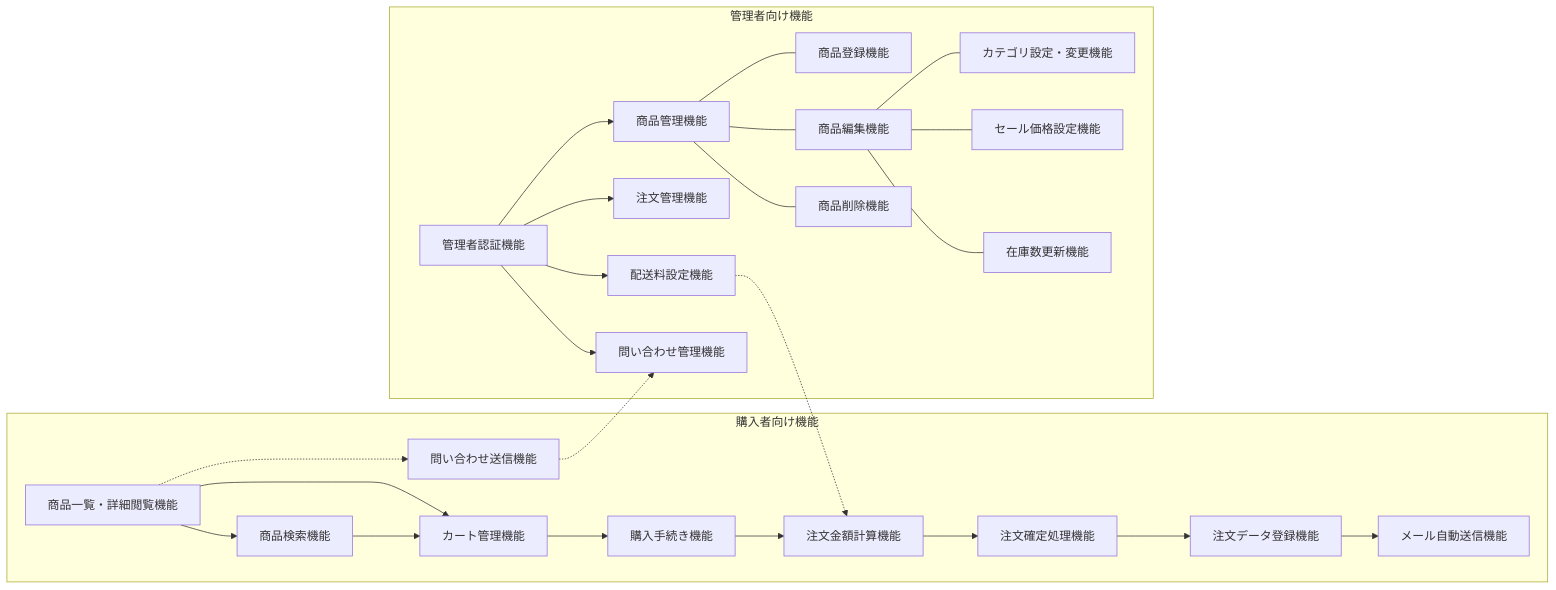
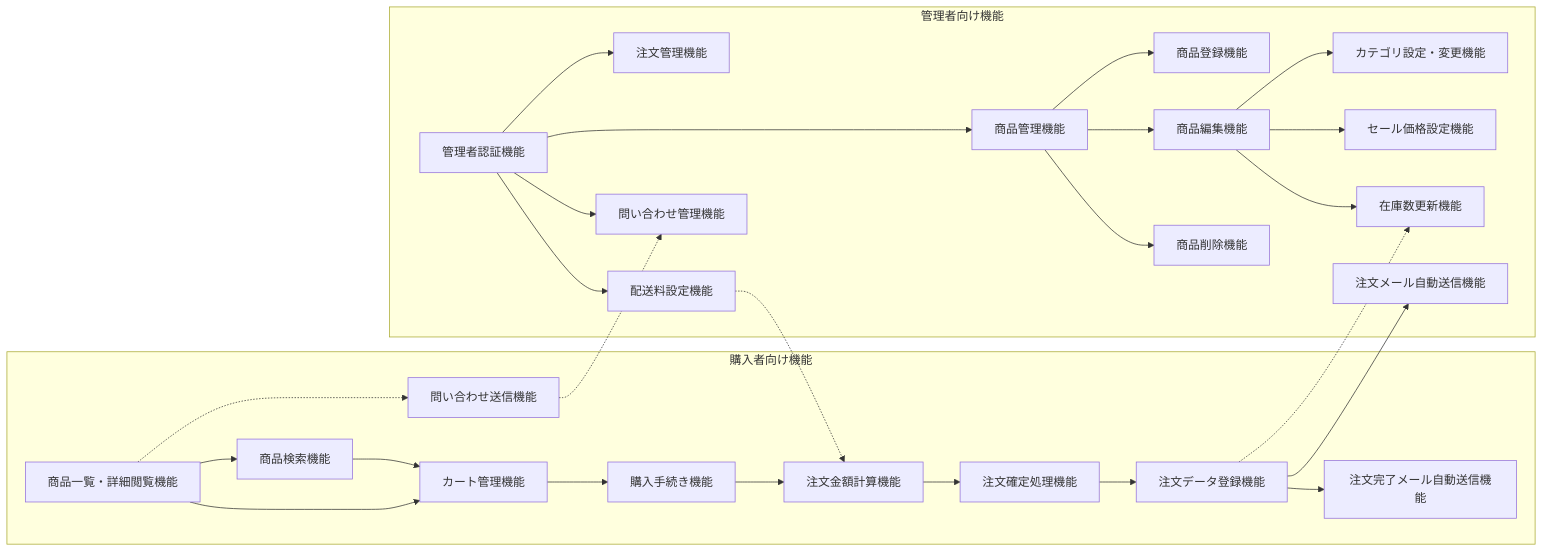
Before and after one commit to Aoi-Yaegashi/teamF: the first of 3 diagrams in 基本設計/機能構成図.md, drawn with Mermaid.

Commit message:
メール関連修正

````diff
--- a/基本設計/機能構成図.md
+++ b/基本設計/機能構成図.md
@@ -47,53 +47,56 @@
 ```mermaid
 
 flowchart LR
   subgraph Front["購入者向け機能"]
     A[商品一覧・詳細閲覧機能]
     A1[商品検索機能]
     B[カート管理機能]
     C[購入手続き機能]
     D[注文金額計算機能]
     E[注文確定処理機能]
     F[注文データ登録機能]
-    G[メール自動送信機能]
+    G[注文完了メール自動送信機能]
     H[問い合わせ送信機能]
   end
 
   subgraph Admin["管理者向け機能"]
     L[管理者認証機能]
     I[商品管理機能]
     I1[商品登録機能]
     I2[商品編集機能]
     I21[カテゴリ設定・変更機能]
     I22[セール価格設定機能]
     I23[在庫数更新機能]
     I3[商品削除機能]
     J[注文管理機能]
     M[配送料設定機能]
     N[問い合わせ管理機能]
+    O[注文メール自動送信機能]
   end
 
 
   %% 購入フロー
   A --> B --> C --> D --> E --> F --> G
   A --> A1 --> B
 
   %% 問い合わせフロー
   A -.-> H
 
   %% 管理者画面起点
   L --> I
   L --> J
   L --> M
   L --> N
 
-  I --- I1 & I2 & I3
-  I2 --- I21 & I22 & I23
+  I --> I1 & I2 & I3
+  I2 --> I21 & I22 & I23
+  F -.-> I23
+  F --> O
 
   %% 配送→支払選択の依存
   M -.-> D
 
   %% 問い合わせ→管理への遷移
   H -.-> N
 
 ```
````
